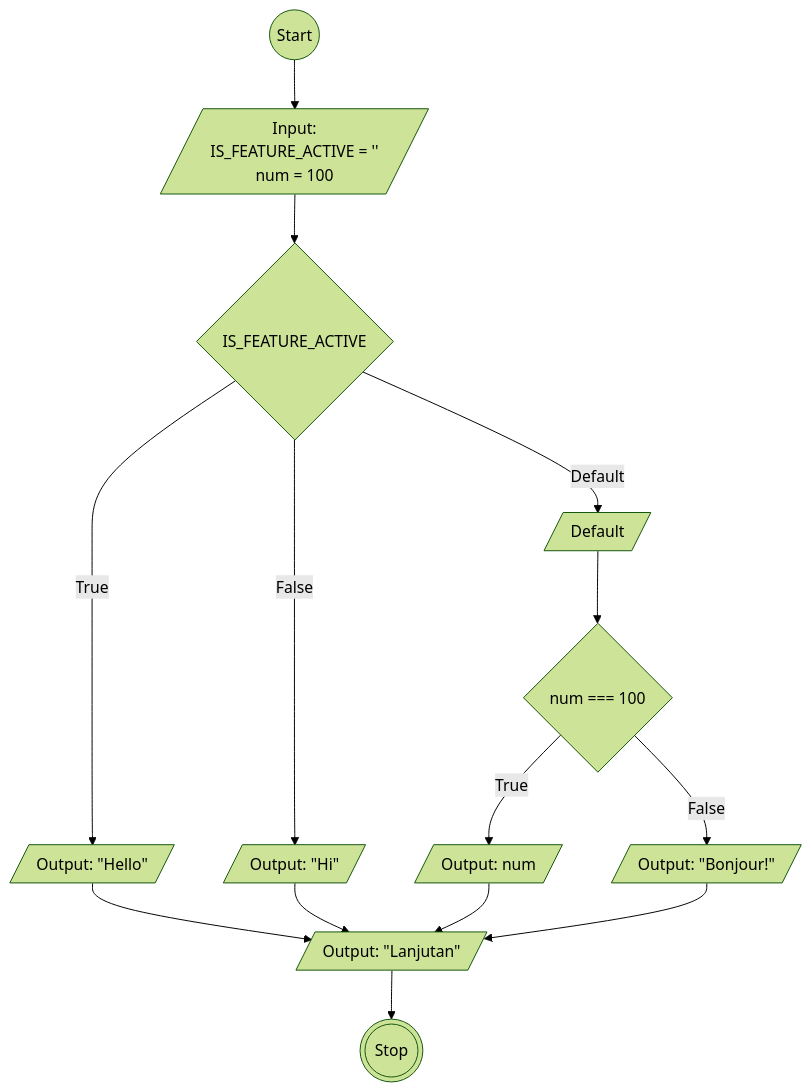
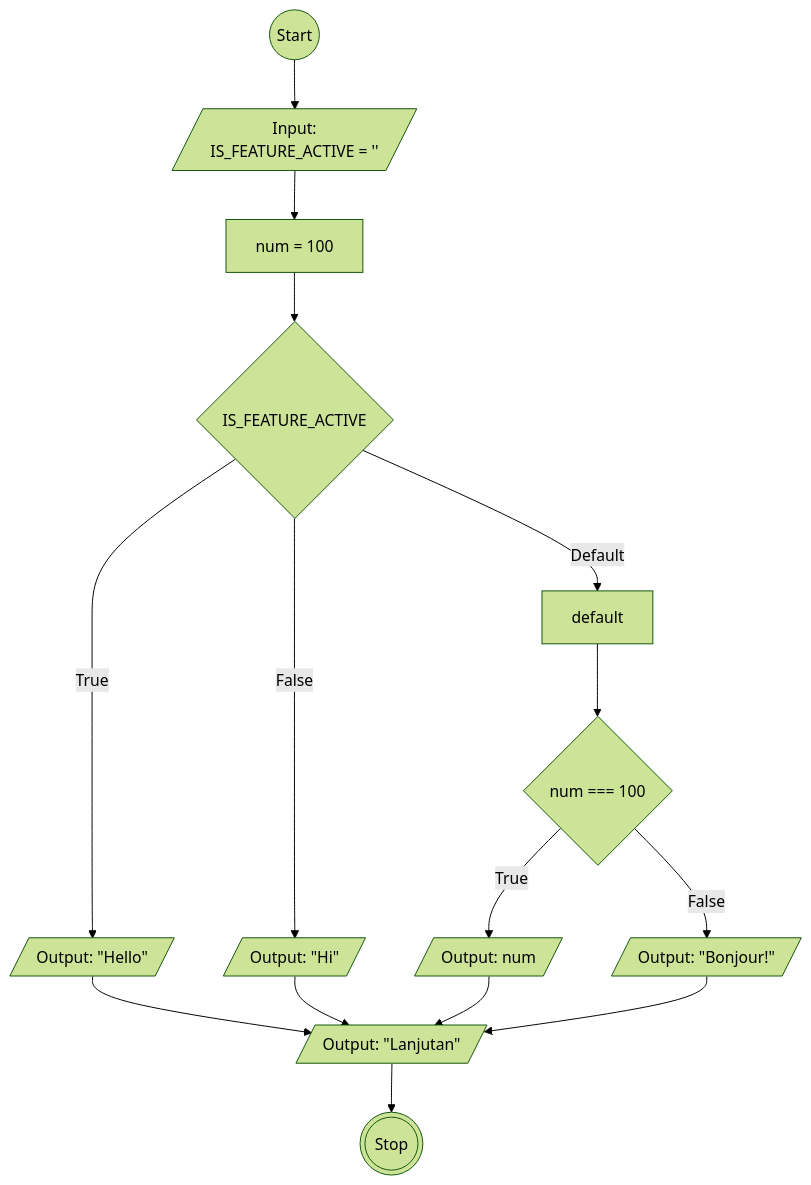
One commit to askadiliya/koda-b6-javascript1 changed the diagram in flowchart-switch.md. Above: the diagram before and after it, drawn with Mermaid (forest theme).

````diff
--- a/flowchart-switch.md
+++ b/flowchart-switch.md
@@ -1,29 +1,29 @@
 ```mermaid
 flowchart TD
 A@{ shape: circle, label: "Start" }
 B@{ shape: lean-r, label: "Input:
-    IS_FEATURE_ACTIVE = ''
-    num = 100" }
+    IS_FEATURE_ACTIVE = ''" }
+L@{ shape: rect, label: "num = 100" }
 C@{ shape: diamond, label: "IS_FEATURE_ACTIVE" }
 D@{ shape: lean-r, label: 'Output: "Hello"' }
 E@{ shape: lean-r, label: 'Output: "Hi"' }
-F@{ shape: lean-r, label: "Default" }
+F@{ shape: rect, label: "default" }
 G@{ shape: diamond, label: "num === 100" }
 H@{ shape: lean-r, label: "Output: num" }
 I@{ shape: lean-r, label: 'Output: "Bonjour!"' }
 J@{ shape: lean-r, label: 'Output: "Lanjutan"' }
 K@{ shape: dbl-circ, label: "Stop" }
-A --> B --> C
+A --> B --> L --> C
 C --True--> D
 C --False--> E
 C --Default--> F
 F --> G
 G --True--> H
 G --False--> I
 D --> J
 E --> J
 H --> J
 I --> J
 J --> K
 
 ```
````
